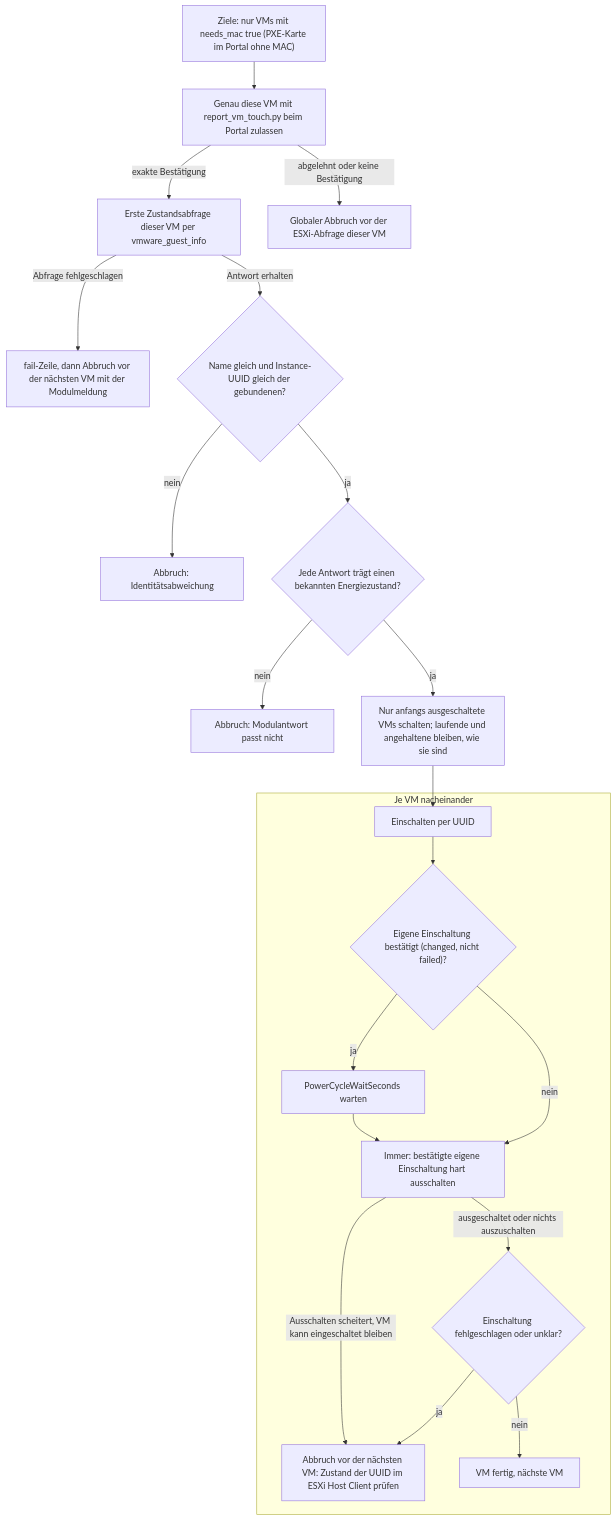
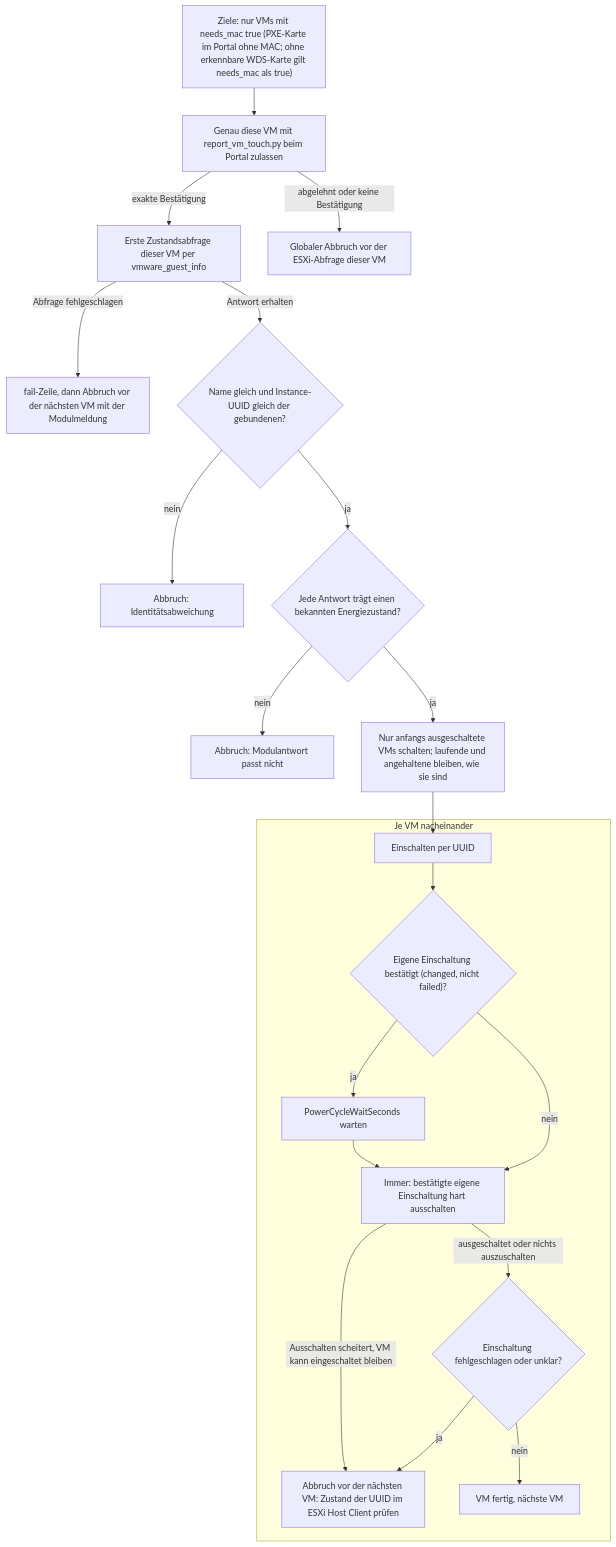
The ninth of 13 diagrams in docs/operations/deploy-flows.md (Samy94M/VirtuSphere-v2-WebApp), drawn with Mermaid before and after one commit. The commit also changed other lines of this file and 31 other files, not shown here.

````diff
--- a/docs/operations/deploy-flows.md
+++ b/docs/operations/deploy-flows.md
@@ -332,23 +332,23 @@
 ```mermaid
 flowchart TD
-  A["Ziele: nur VMs mit needs_mac true (PXE-Karte im Portal ohne MAC)"] --> B["Genau diese VM mit report_vm_touch.py beim Portal zulassen"]
+  A["Ziele: nur VMs mit needs_mac true (PXE-Karte im Portal ohne MAC; ohne erkennbare WDS-Karte gilt needs_mac als true)"] --> B["Genau diese VM mit report_vm_touch.py beim Portal zulassen"]
   B -->|exakte Bestätigung| C["Erste Zustandsabfrage dieser VM per vmware_guest_info"]
   B -->|abgelehnt oder keine Bestätigung| BR["Globaler Abbruch vor der ESXi-Abfrage dieser VM"]
   C -->|Abfrage fehlgeschlagen| CQ["fail-Zeile, dann Abbruch vor der nächsten VM mit der Modulmeldung"]
   C -->|Antwort erhalten| D{"Name gleich und Instance-UUID gleich der gebundenen?"}
   D -->|nein| CX["Abbruch: Identitätsabweichung"]
   D -->|ja| E{"Jede Antwort trägt einen bekannten Energiezustand?"}
   E -->|nein| DX["Abbruch: Modulantwort passt nicht"]
   E -->|ja| F["Nur anfangs ausgeschaltete VMs schalten; laufende und angehaltene bleiben, wie sie sind"]
   subgraph JE["Je VM nacheinander"]
     G["Einschalten per UUID"] --> H{"Eigene Einschaltung bestätigt (changed, nicht failed)?"}
     H -->|ja| I["PowerCycleWaitSeconds warten"]
     I --> J["Immer: bestätigte eigene Einschaltung hart ausschalten"]
     H -->|nein| J
     J -->|Ausschalten scheitert, VM kann eingeschaltet bleiben| KX
     J -->|ausgeschaltet oder nichts auszuschalten| K{"Einschaltung fehlgeschlagen oder unklar?"}
     K -->|ja| KX["Abbruch vor der nächsten VM: Zustand der UUID im ESXi Host Client prüfen"]
     K -->|nein| KP["VM fertig, nächste VM"]
   end
   F --> G
 ```
````
